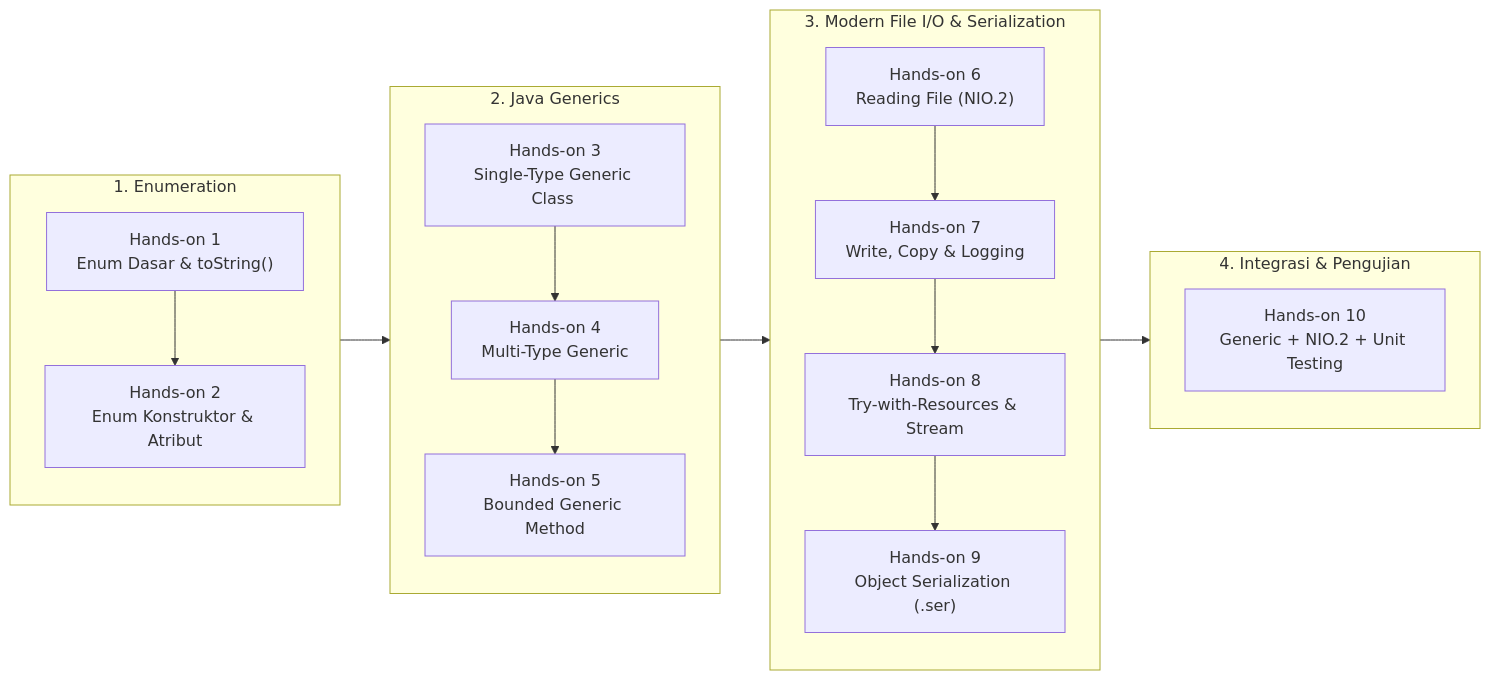
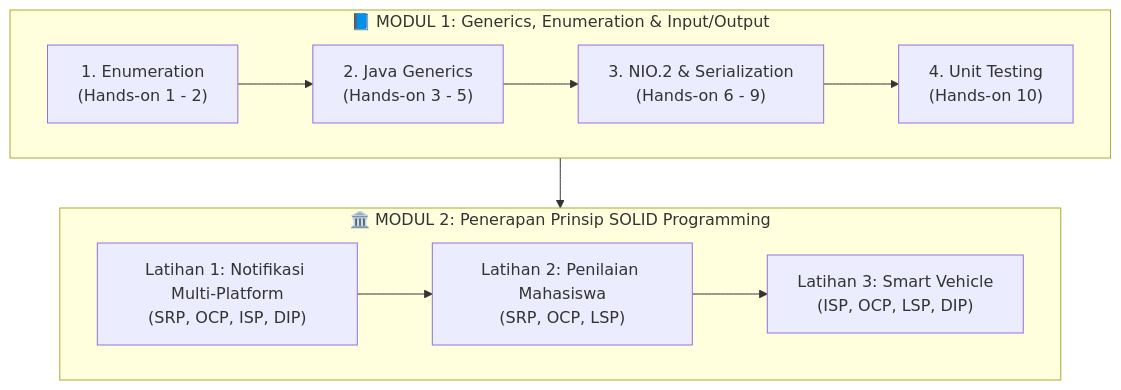
The first of 4 diagrams in README.md (haerul920/Hands-On-Generic-Input-Output), drawn with Mermaid before and after one commit. The commit also changed other lines of this file and 30 other files, not shown here.

````diff
--- a/README.md
+++ b/README.md
@@ -45,23 +52,17 @@
 ```mermaid
-flowchart LR
-    subgraph ENUM["1. Enumeration"]
-        H1["Hands-on 1\nEnum Dasar & toString()"] --> H2["Hands-on 2\nEnum Konstruktor & Atribut"]
+flowchart TD
+    subgraph MOD1["📘 MODUL 1: Generics, Enumeration & Input/Output"]
+        direction LR
+        E["1. Enumeration\n(Hands-on 1 - 2)"] --> G["2. Java Generics\n(Hands-on 3 - 5)"]
+        G --> IO["3. NIO.2 & Serialization\n(Hands-on 6 - 9)"]
+        IO --> UT["4. Unit Testing\n(Hands-on 10)"]
     end
 
-    subgraph GEN["2. Java Generics"]
-        H3["Hands-on 3\nSingle-Type Generic Class <T>"] --> H4["Hands-on 4\nMulti-Type Generic <T1, T2>"]
-        H4 --> H5["Hands-on 5\nBounded Generic Method"]
+    subgraph MOD2["🏛️ MODUL 2: Penerapan Prinsip SOLID Programming"]
+        direction LR
+        S1["Latihan 1: Notifikasi Multi-Platform\n(SRP, OCP, ISP, DIP)"] --> S2["Latihan 2: Penilaian Mahasiswa\n(SRP, OCP, LSP)"]
+        S2 --> S3["Latihan 3: Smart Vehicle\n(ISP, OCP, LSP, DIP)"]
     end
 
-    subgraph IO["3. Modern File I/O & Serialization"]
-        H6["Hands-on 6\nReading File (NIO.2)"] --> H7["Hands-on 7\nWrite, Copy & Logging"]
-        H7 --> H8["Hands-on 8\nTry-with-Resources & Stream"]
-        H8 --> H9["Hands-on 9\nObject Serialization (.ser)"]
-    end
-
-    subgraph TEST["4. Integrasi & Pengujian"]
-        H10["Hands-on 10\nGeneric + NIO.2 + Unit Testing"]
-    end
-
-    ENUM --> GEN --> IO --> TEST
+    MOD1 --> MOD2
 ```
````
